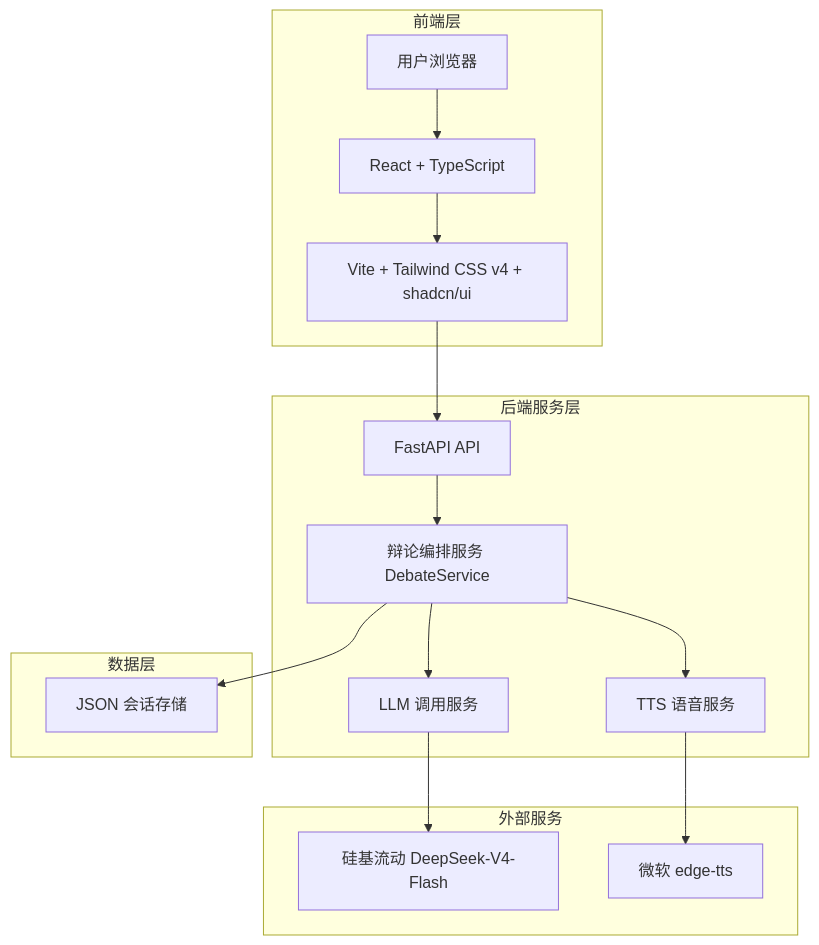
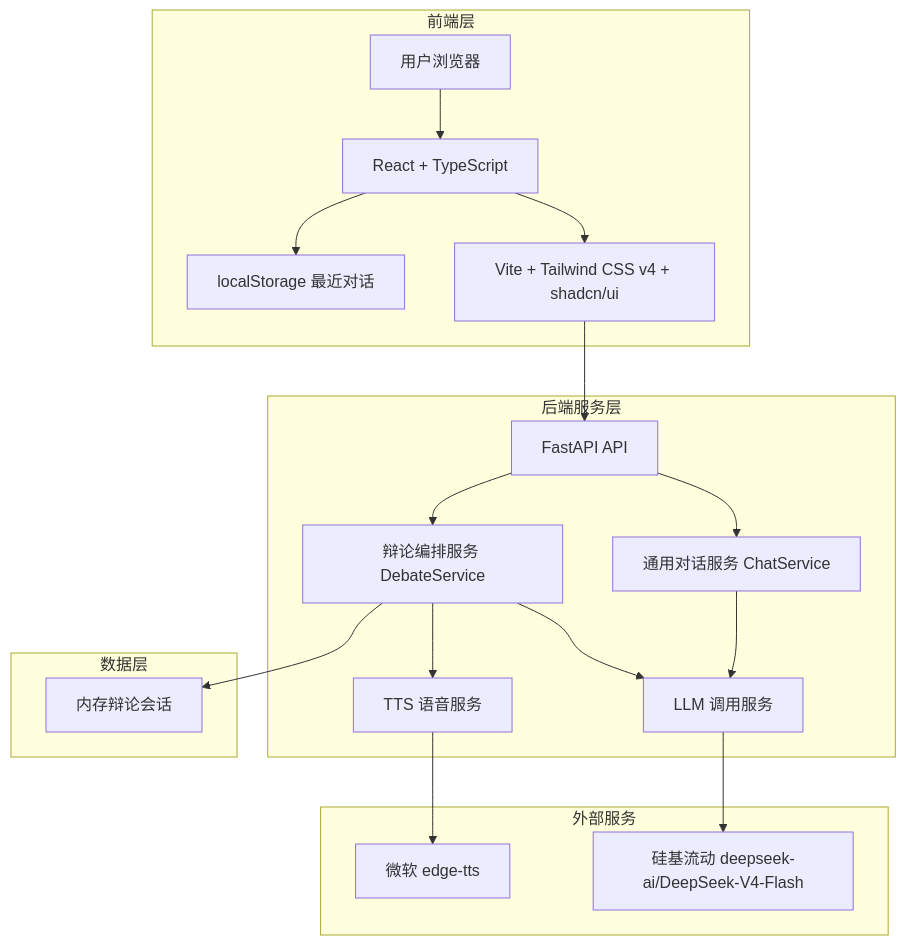
Before and after one commit to wez798/cyber-foodie-debate: the diagram in README.md, drawn with Mermaid. The commit also changed other lines of this file and 20 other files, not shown here.

````diff
--- a/README.md
+++ b/README.md
@@ -11,23 +11,26 @@
 ```mermaid
 graph TB
     subgraph 前端层
         A[用户浏览器] --> B[React + TypeScript]
         B --> C[Vite + Tailwind CSS v4 + shadcn/ui]
+        B --> K[localStorage 最近对话]
     end
 
     subgraph 后端服务层
         C --> D[FastAPI API]
+        D --> L[通用对话服务 ChatService]
         D --> E[辩论编排服务 DebateService]
+        L --> F[LLM 调用服务]
         E --> F[LLM 调用服务]
         E --> G[TTS 语音服务]
     end
 
     subgraph 外部服务
-        F --> H[硅基流动 DeepSeek-V4-Flash]
+        F --> H[硅基流动 deepseek-ai/DeepSeek-V4-Flash]
         G --> I[微软 edge-tts]
     end
 
     subgraph 数据层
-        E --> J[JSON 会话存储]
+        E --> J[内存辩论会话]
     end
 ```
````
